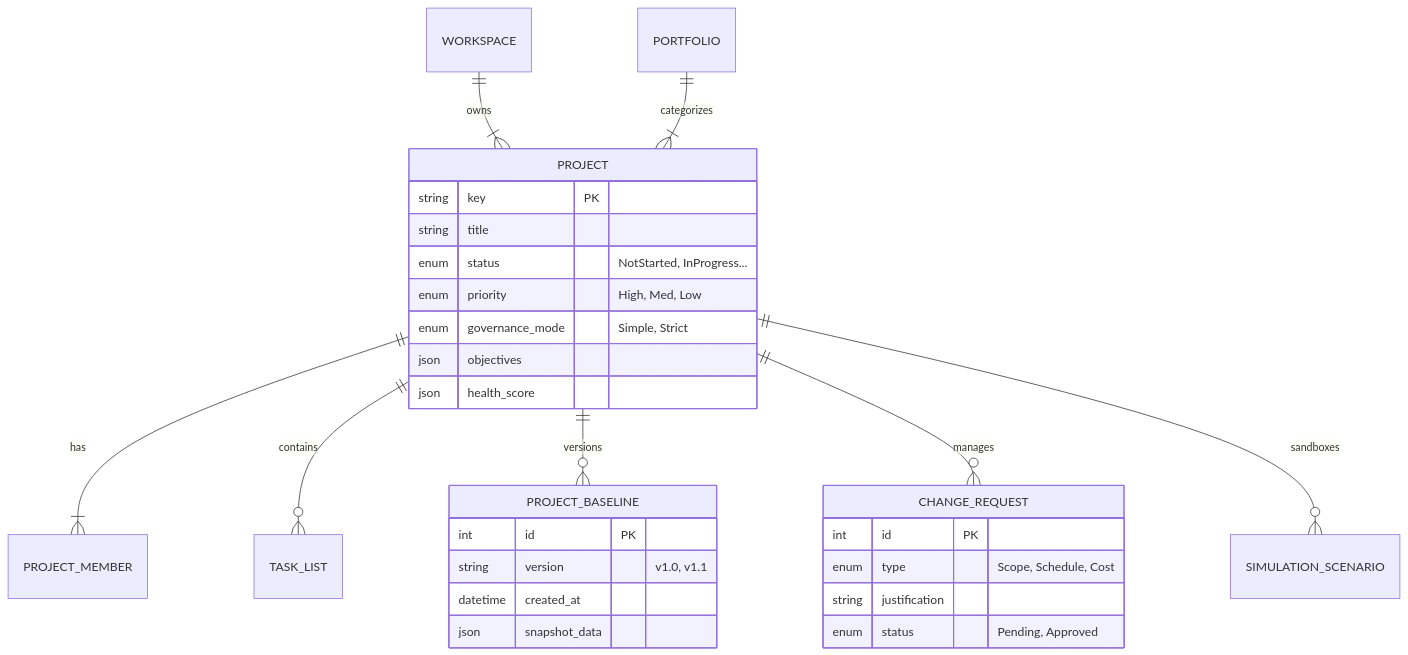
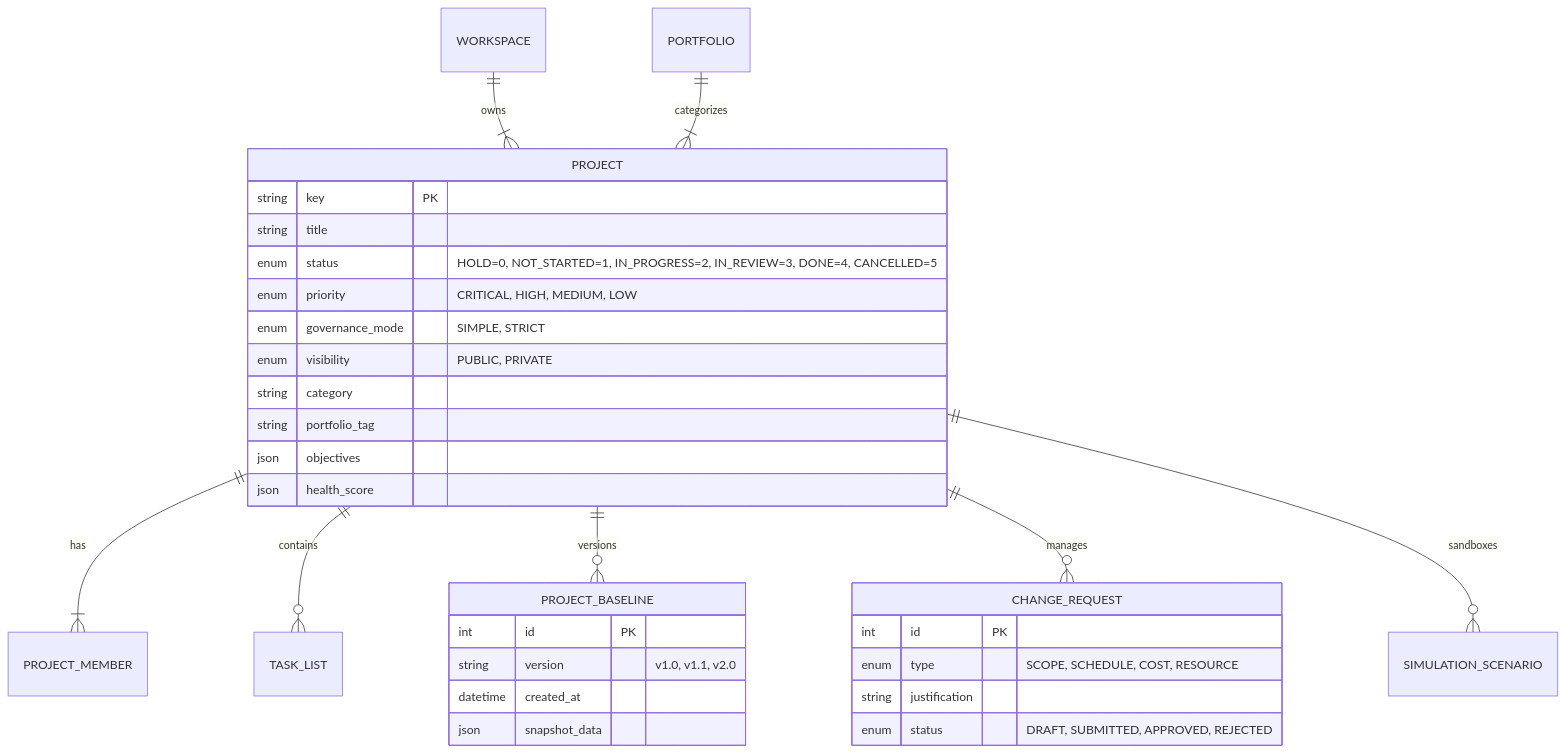
The third of 5 diagrams in docs/01-Requirements/Functional-Modules/3 - Project Lifecycle Management.md (nmtrucworking/pronaflow-backend), drawn with Mermaid before and after one commit. The commit also changed other lines of this file and 1 other file, not shown here.

First line of the commit message:
docs(module-3): fix inconsistencies and expand ERD details

````diff
--- a/docs/01-Requirements/Functional-Modules/3 - Project Lifecycle Management.md
+++ b/docs/01-Requirements/Functional-Modules/3 - Project Lifecycle Management.md
@@ -555,38 +525,41 @@
 ```mermaid
 erDiagram
     WORKSPACE ||--|{ PROJECT : owns
     PORTFOLIO ||--|{ PROJECT : categorizes
     
     PROJECT ||--|{ PROJECT_MEMBER : has
     PROJECT ||--o{ TASK_LIST : contains
     
     %% Governance Entities
     PROJECT ||--o{ PROJECT_BASELINE : versions
     PROJECT ||--o{ CHANGE_REQUEST : manages
     PROJECT ||--o{ SIMULATION_SCENARIO : sandboxes
     
     %% Details
     PROJECT {
         string key PK
         string title
-        enum status "NotStarted, InProgress..."
-        enum priority "High, Med, Low"
-        enum governance_mode "Simple, Strict"
+        enum status "HOLD=0, NOT_STARTED=1, IN_PROGRESS=2, IN_REVIEW=3, DONE=4, CANCELLED=5"
+        enum priority "CRITICAL, HIGH, MEDIUM, LOW"
+        enum governance_mode "SIMPLE, STRICT"
+        enum visibility "PUBLIC, PRIVATE"
+        string category
+        string portfolio_tag
         json objectives
         json health_score
     }
 
     PROJECT_BASELINE {
         int id PK
-        string version "v1.0, v1.1"
+        string version "v1.0, v1.1, v2.0"
         datetime created_at
         json snapshot_data
     }
 
     CHANGE_REQUEST {
         int id PK
-        enum type "Scope, Schedule, Cost"
+        enum type "SCOPE, SCHEDULE, COST, RESOURCE"
         string justification
-        enum status "Pending, Approved"
+        enum status "DRAFT, SUBMITTED, APPROVED, REJECTED"
     }
 ```
````
